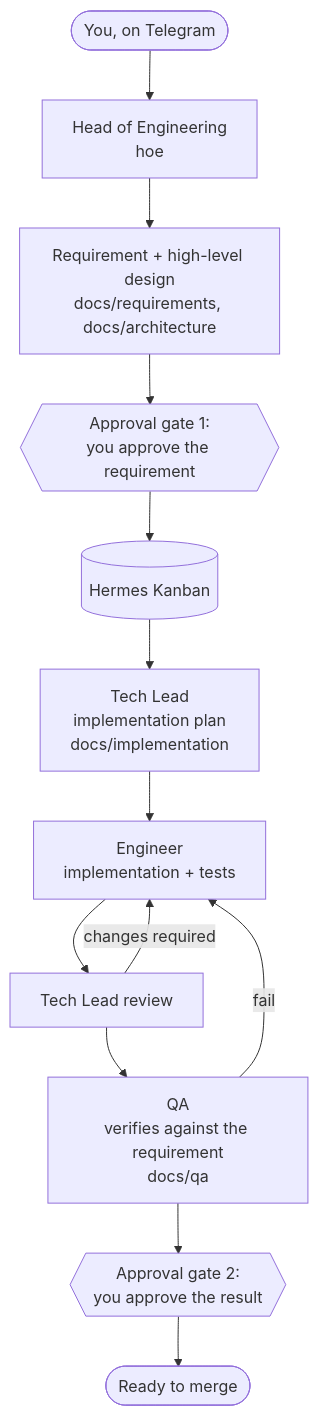
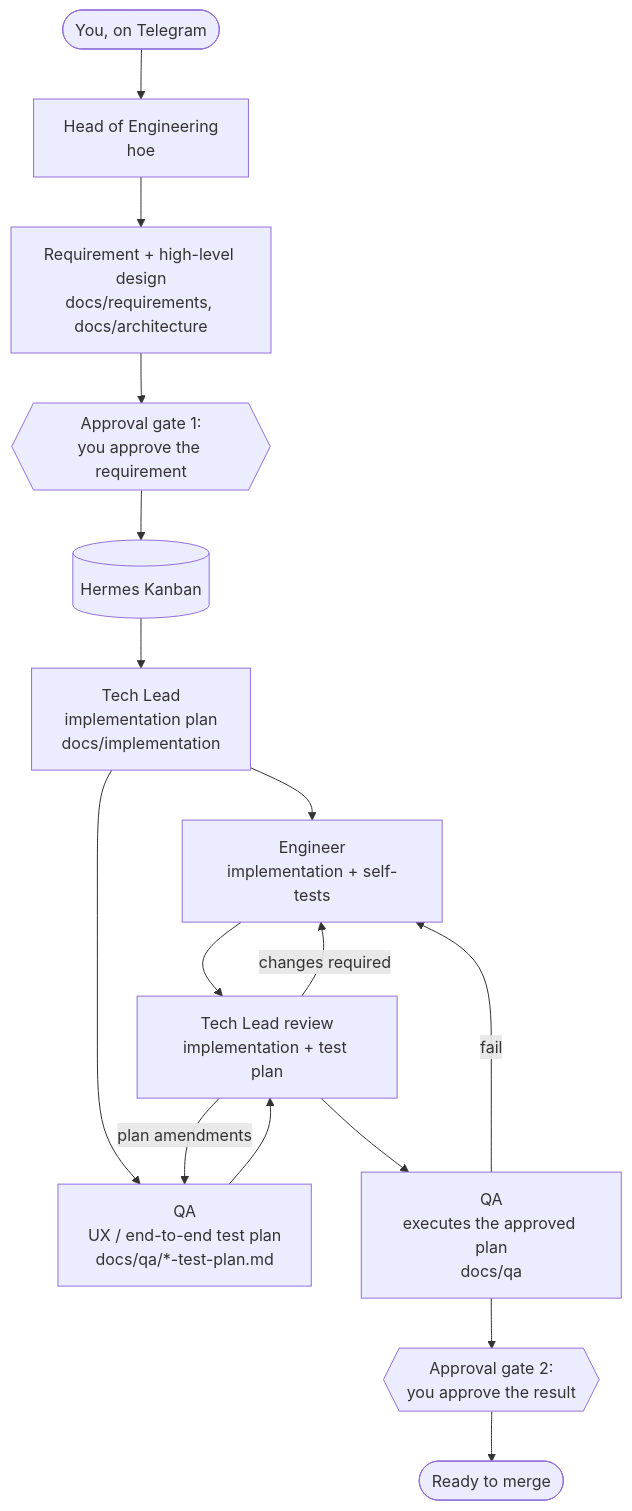
Before and after one commit to milhamj/ai-vps-bootstrap: the diagram in README.md, drawn with Mermaid. The commit also changed other lines of this file and 5 other files, not shown here.

First line of the commit message:
Parallel QA test planning: engineer implements while QA writes a test plan

````diff
--- a/README.md
+++ b/README.md
@@ -9,15 +9,18 @@
 ```mermaid
 flowchart TD
     you([You, on Telegram]) --> hoe[Head of Engineering<br/>hoe]
     hoe --> req[Requirement + high-level design<br/>docs/requirements, docs/architecture]
     req --> gate1{{Approval gate 1:<br/>you approve the requirement}}
     gate1 --> kanban[(Hermes Kanban)]
     kanban --> tl[Tech Lead<br/>implementation plan<br/>docs/implementation]
-    tl --> eng[Engineer<br/>implementation + tests]
-    eng --> review[Tech Lead review]
+    tl --> eng[Engineer<br/>implementation + self-tests]
+    tl --> qaplan[QA<br/>UX / end-to-end test plan<br/>docs/qa/*-test-plan.md]
+    eng --> review[Tech Lead review<br/>implementation + test plan]
+    qaplan --> review
     review -- changes required --> eng
-    review --> qa[QA<br/>verifies against the requirement<br/>docs/qa]
+    review -- plan amendments --> qaplan
+    review --> qa[QA<br/>executes the approved plan<br/>docs/qa]
     qa -- fail --> eng
     qa --> gate2{{Approval gate 2:<br/>you approve the result}}
     gate2 --> merge([Ready to merge])
 ```
````
